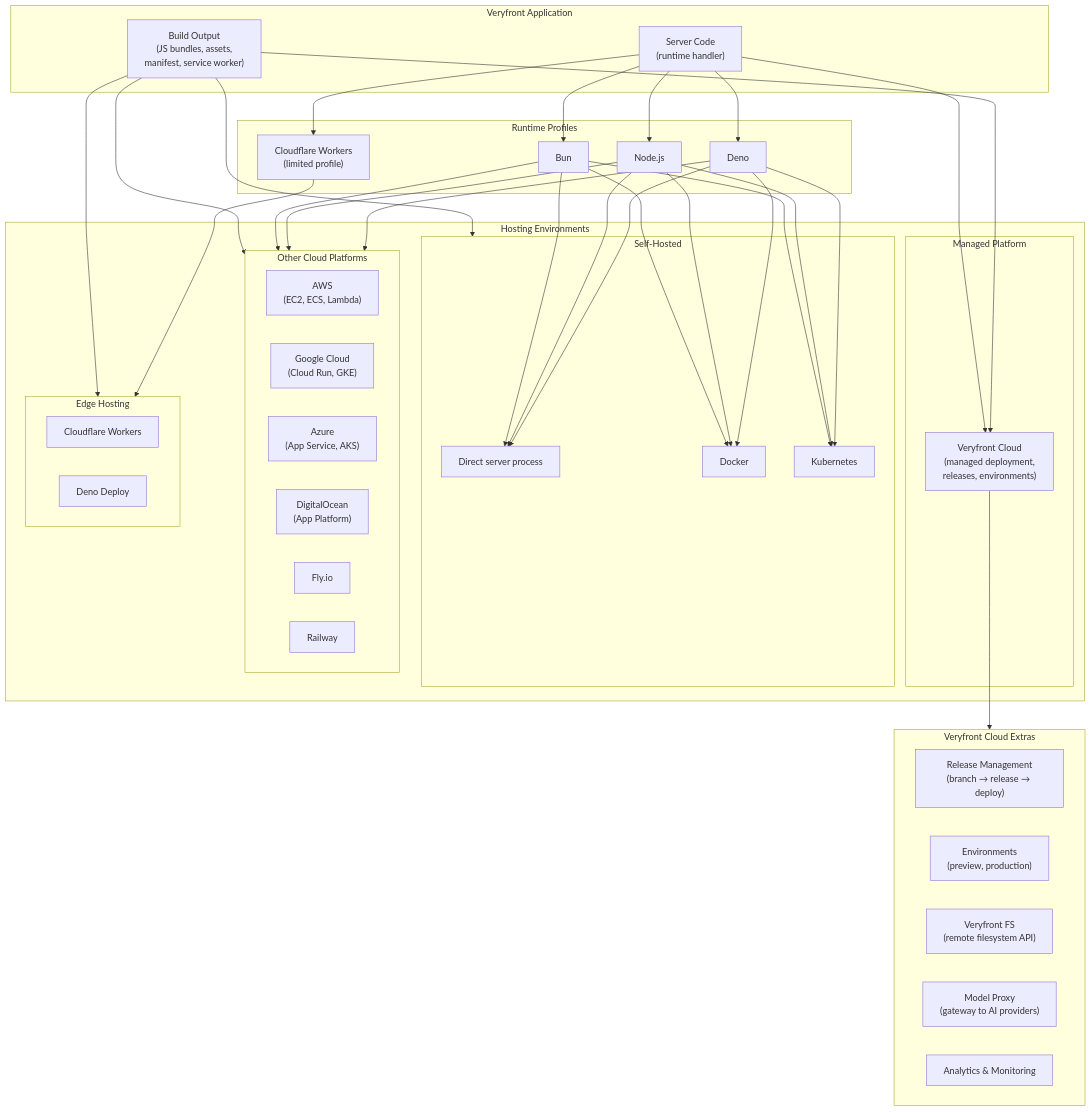
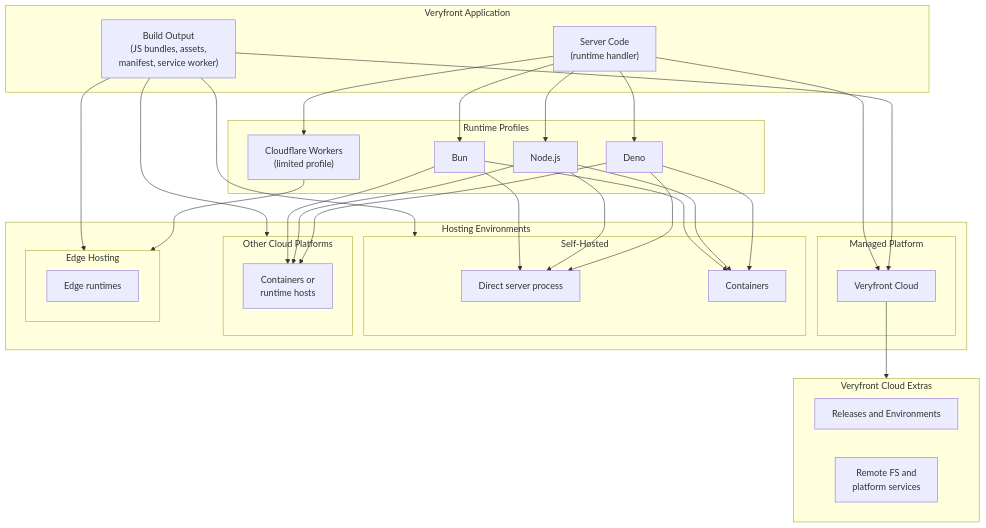
One commit to veryfront/veryfront-code changed the second of 6 diagrams in docs/architecture/05-deployment-platform.md. Above: the diagram before and after it, drawn with Mermaid. The commit also changed other lines of this file and 1 other file, not shown here.

Commit message:
Simplify the architecture diagrams so the system reads faster
The previous revision fixed the model but still packed too much inventory into the boxes. This pass trims the top diagrams to architectural boundaries, moves examples into prose, and adds explicit arrow conventions so the diagrams explain the system quickly instead of doubling as support matrices.

Constraint: Keep the diagrams source-grounded while improving readability
Rejected: Add more nodes for provider, filesystem, and cloud examples | makes the diagrams slower to read and weaker as architecture maps
Confidence: high
Scope-risk: narrow
Reversibility: clean
Directive: Keep top-level diagrams focused on boundaries and relationships; put volatile examples in prose or the support matrix
Tested: git diff --check -- docs/architecture/01-system-overview.md docs/architecture/05-deployment-platform.md
Not-tested: Mermaid rendering preview

````diff
--- a/docs/architecture/05-deployment-platform.md
+++ b/docs/architecture/05-deployment-platform.md
@@ -98,75 +98,62 @@
 ```mermaid
 graph TB
     subgraph VfApp["Veryfront Application"]
         BuildOutput["Build Output<br/>(JS bundles, assets,<br/>manifest, service worker)"]
         ServerCode["Server Code<br/>(runtime handler)"]
     end
 
     subgraph Profiles["Runtime Profiles"]
         Deno["Deno"]
         NodeJS["Node.js"]
         Bun["Bun"]
         EdgeProfile["Cloudflare Workers<br/>(limited profile)"]
     end
 
     subgraph Targets["Hosting Environments"]
         subgraph Managed["Managed Platform"]
-            VfCloud["Veryfront Cloud<br/>(managed deployment,<br/>releases, environments)"]
+            VfCloud["Veryfront Cloud"]
         end
 
         subgraph SelfHosted["Self-Hosted"]
             Direct["Direct server process"]
-            Docker["Docker"]
-            K8s["Kubernetes"]
+            Containers["Containers"]
         end
 
         subgraph CloudProviders["Other Cloud Platforms"]
-            AWS["AWS<br/>(EC2, ECS, Lambda)"]
-            GCP["Google Cloud<br/>(Cloud Run, GKE)"]
-            Azure["Azure<br/>(App Service, AKS)"]
-            DigitalOcean["DigitalOcean<br/>(App Platform)"]
-            Fly["Fly.io"]
-            Railway["Railway"]
+            CloudInfra["Containers or<br/>runtime hosts"]
         end
 
         subgraph Edge["Edge Hosting"]
-            CF["Cloudflare Workers"]
-            DenoEdge["Deno Deploy"]
+            EdgeHosts["Edge runtimes"]
         end
     end
 
     subgraph VfCloudFeatures["Veryfront Cloud Extras"]
-        Releases["Release Management<br/>(branch → release → deploy)"]
-        Environments["Environments<br/>(preview, production)"]
-        VfFS["Veryfront FS<br/>(remote filesystem API)"]
-        ModelProxy["Model Proxy<br/>(gateway to AI providers)"]
-        Analytics["Analytics & Monitoring"]
+        Releases["Releases and Environments"]
+        PlatformServices["Remote FS and<br/>platform services"]
     end
 
     ServerCode --> Deno
     ServerCode --> NodeJS
     ServerCode --> Bun
     ServerCode --> EdgeProfile
 
     Deno --> Direct
     NodeJS --> Direct
     Bun --> Direct
-    Deno --> Docker
-    NodeJS --> Docker
-    Bun --> Docker
-    Deno --> K8s
-    NodeJS --> K8s
-    Bun --> K8s
-    Deno --> CloudProviders
-    NodeJS --> CloudProviders
-    Bun --> CloudProviders
+    Deno --> Containers
+    NodeJS --> Containers
+    Bun --> Containers
+    Deno --> CloudInfra
+    NodeJS --> CloudInfra
+    Bun --> CloudInfra
     EdgeProfile --> Edge
 
     BuildOutput --> SelfHosted
     BuildOutput --> CloudProviders
     BuildOutput --> Edge
 
     BuildOutput --> VfCloud
     ServerCode --> VfCloud
     VfCloud --> VfCloudFeatures
 ```
````
